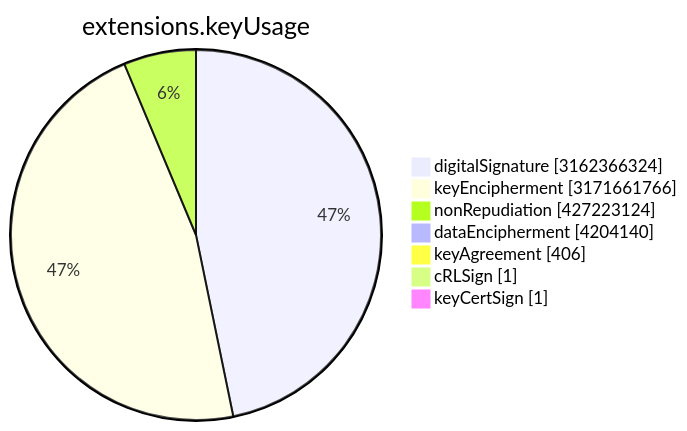
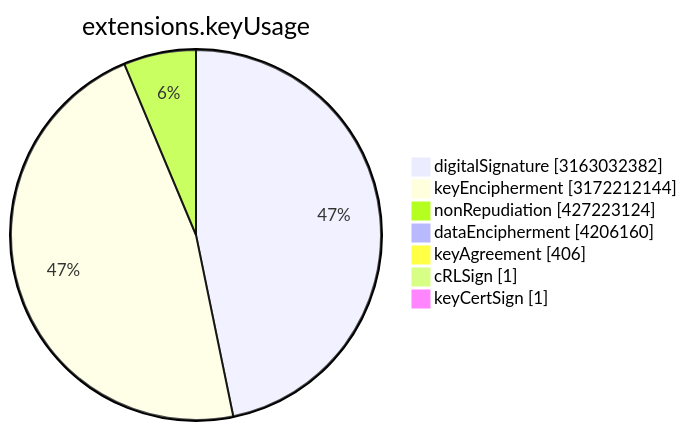
One commit to christiankrug/ctmonitor_visualization changed the sixth of 15 diagrams in TOTAL/README.md. Above: the diagram before and after it, drawn with Mermaid. The commit also changed other lines of this file, not shown here.

````diff
--- a/TOTAL/README.md
+++ b/TOTAL/README.md
@@ -3077,11 +3077,11 @@
 ```mermaid
 pie showData
 title extensions.keyUsage
-"digitalSignature" :3162366324
-"keyEncipherment" :3171661766
+"digitalSignature" :3163032382
+"keyEncipherment" :3172212144
 "nonRepudiation" :427223124
-"dataEncipherment" :4204140
+"dataEncipherment" :4206160
 "keyAgreement" :406
 "cRLSign" :1
 "keyCertSign" :1
 ```
````
